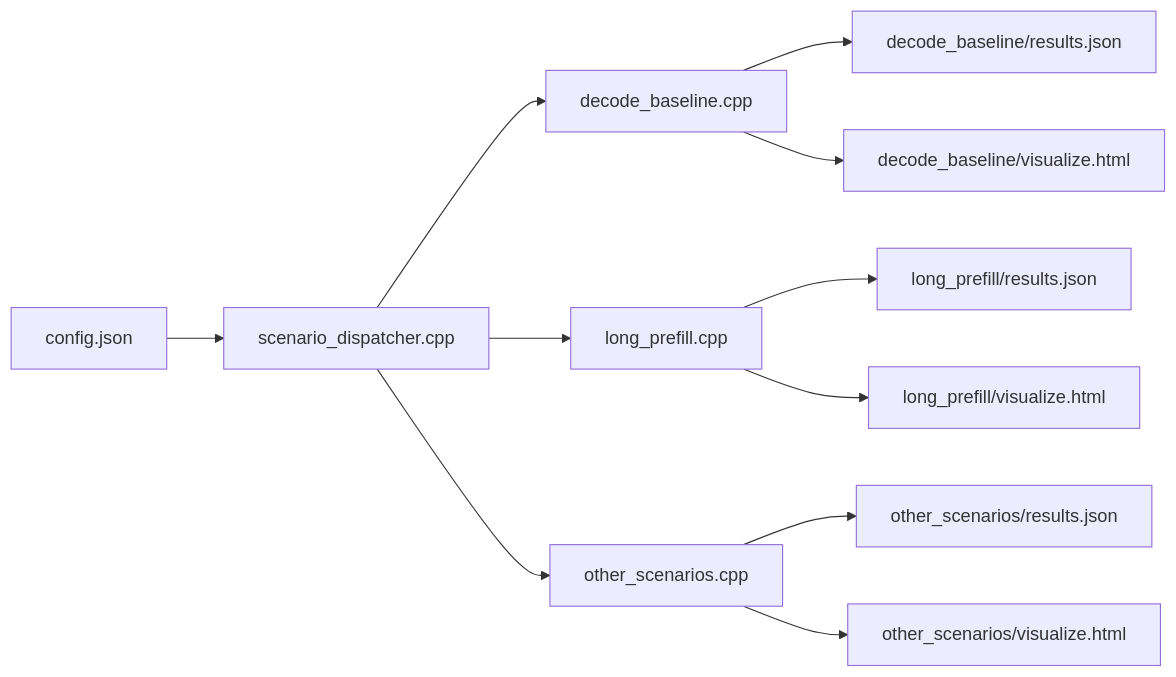
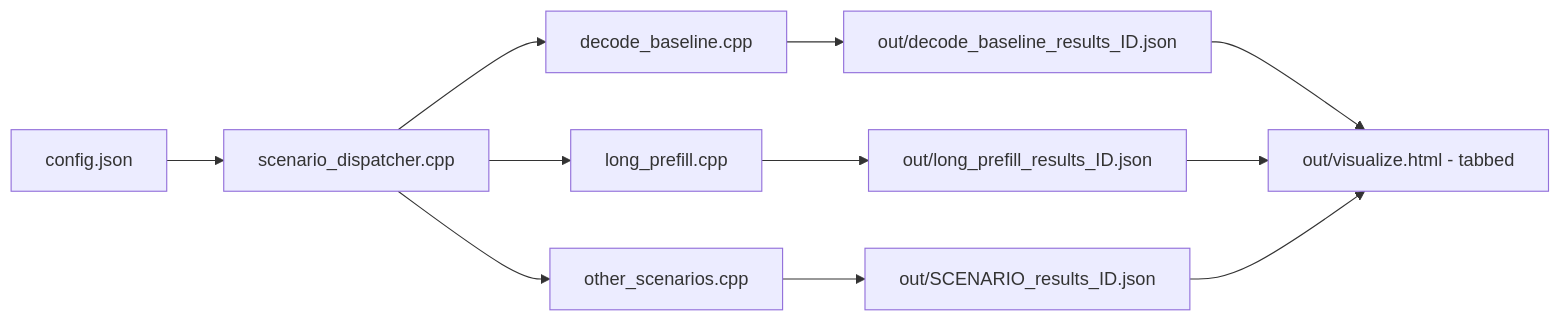
The diagram in benchmark/engine/benchmark-design.md (microsoft/onnxruntime-genai), drawn with Mermaid before and after one commit. The commit also changed other lines of this file, not shown here.

````diff
--- a/benchmark/engine/benchmark-design.md
+++ b/benchmark/engine/benchmark-design.md
@@ -7,15 +7,16 @@
 ```mermaid
 flowchart LR
-	A[config.json] --> C[scenario_dispatcher.cpp]
+    A[config.json] --> C[scenario_dispatcher.cpp]
 
-	C --> D[decode_baseline.cpp]
+    C --> D[decode_baseline.cpp]
     C --> E[long_prefill.cpp]
     C --> G[other_scenarios.cpp]
 
-	D --> H[decode_baseline/results.json]
-	D --> I[decode_baseline/visualize.html]
-    E --> J[long_prefill/results.json]
-    E --> K[long_prefill/visualize.html]
-	G --> N[other_scenarios/results.json]
-	G --> O[other_scenarios/visualize.html]
+    D --> H[out/decode_baseline_results_ID.json]
+    E --> J[out/long_prefill_results_ID.json]
+    G --> N[out/SCENARIO_results_ID.json]
+
+    H --> V[out/visualize.html - tabbed]
+    J --> V
+    N --> V
 ```
````
